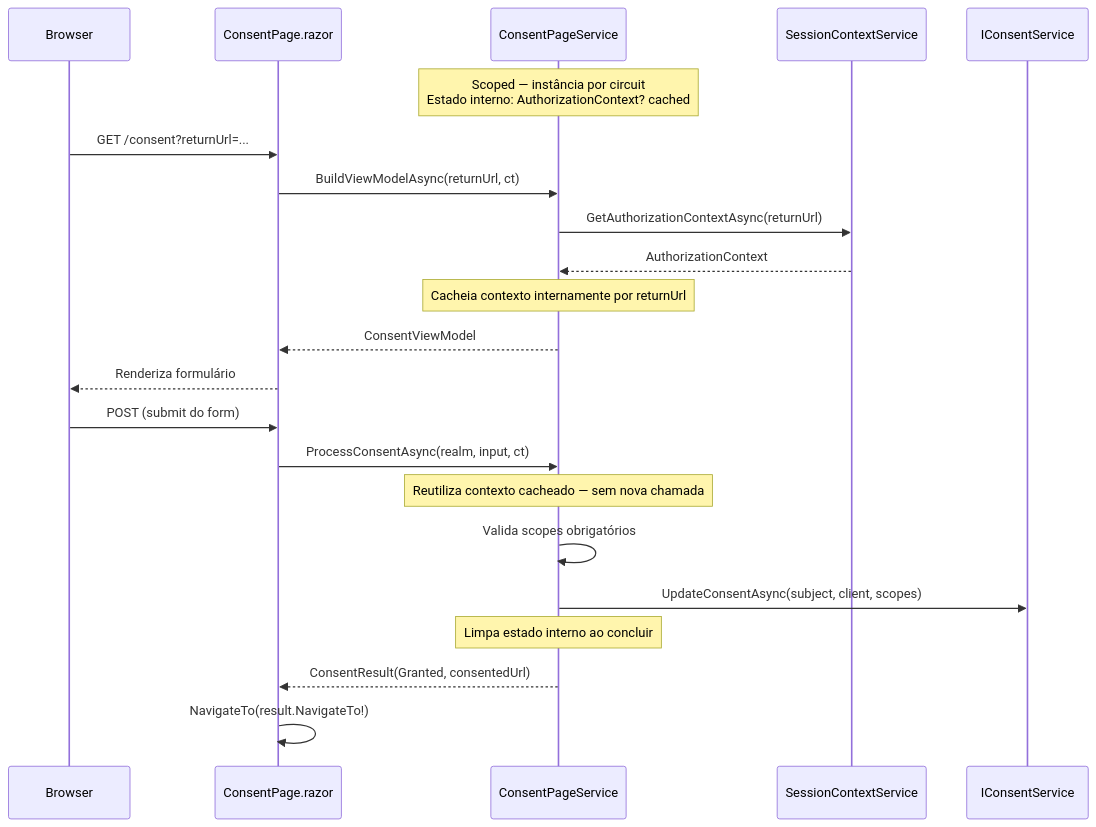
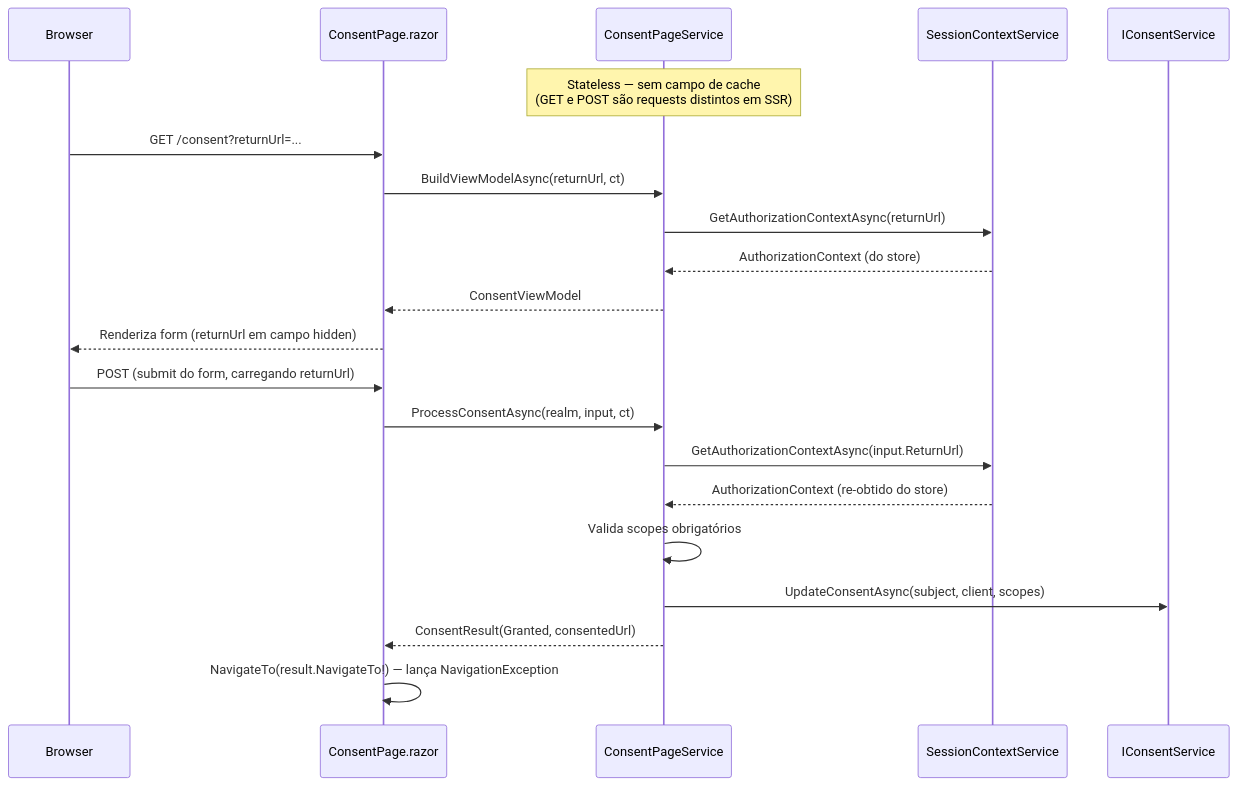
Before and after one commit to Royal-Code/RoyalIdentity: the sixth of 8 diagrams in royal-identity/.ai/plans/plan-ui-screens-refactoring.md, drawn with Mermaid. The commit also changed other lines of this file and 2 other files, not shown here.

Commit message:
feat: Update plans for constants refactoring, context pattern redesign, and UI screens refactoring; include progress tracking and execution order

````diff
--- a/royal-identity/.ai/plans/plan-ui-screens-refactoring.md
+++ b/royal-identity/.ai/plans/plan-ui-screens-refactoring.md
@@ -291,28 +320,27 @@
 ```mermaid
 sequenceDiagram
     participant B as Browser
     participant CP as ConsentPage.razor
     participant CPS as ConsentPageService
     participant SCS as SessionContextService
     participant CS as IConsentService
 
-    Note over CPS: Scoped — instância por circuit<br/>Estado interno: AuthorizationContext? cached
+    Note over CPS: Stateless — sem campo de cache<br/>(GET e POST são requests distintos em SSR)
 
     B->>CP: GET /consent?returnUrl=...
     CP->>CPS: BuildViewModelAsync(returnUrl, ct)
     CPS->>SCS: GetAuthorizationContextAsync(returnUrl)
-    SCS-->>CPS: AuthorizationContext
-    Note over CPS: Cacheia contexto internamente por returnUrl
+    SCS-->>CPS: AuthorizationContext (do store)
     CPS-->>CP: ConsentViewModel
-    CP-->>B: Renderiza formulário
+    CP-->>B: Renderiza form (returnUrl em campo hidden)
 
-    B->>CP: POST (submit do form)
+    B->>CP: POST (submit do form, carregando returnUrl)
     CP->>CPS: ProcessConsentAsync(realm, input, ct)
-    Note over CPS: Reutiliza contexto cacheado — sem nova chamada
+    CPS->>SCS: GetAuthorizationContextAsync(input.ReturnUrl)
+    SCS-->>CPS: AuthorizationContext (re-obtido do store)
     CPS->>CPS: Valida scopes obrigatórios
     CPS->>CS: UpdateConsentAsync(subject, client, scopes)
-    Note over CPS: Limpa estado interno ao concluir
     CPS-->>CP: ConsentResult(Granted, consentedUrl)
 
-    CP->>CP: NavigateTo(result.NavigateTo!)
+    CP->>CP: NavigateTo(result.NavigateTo!) — lança NavigationException
 ```
````
